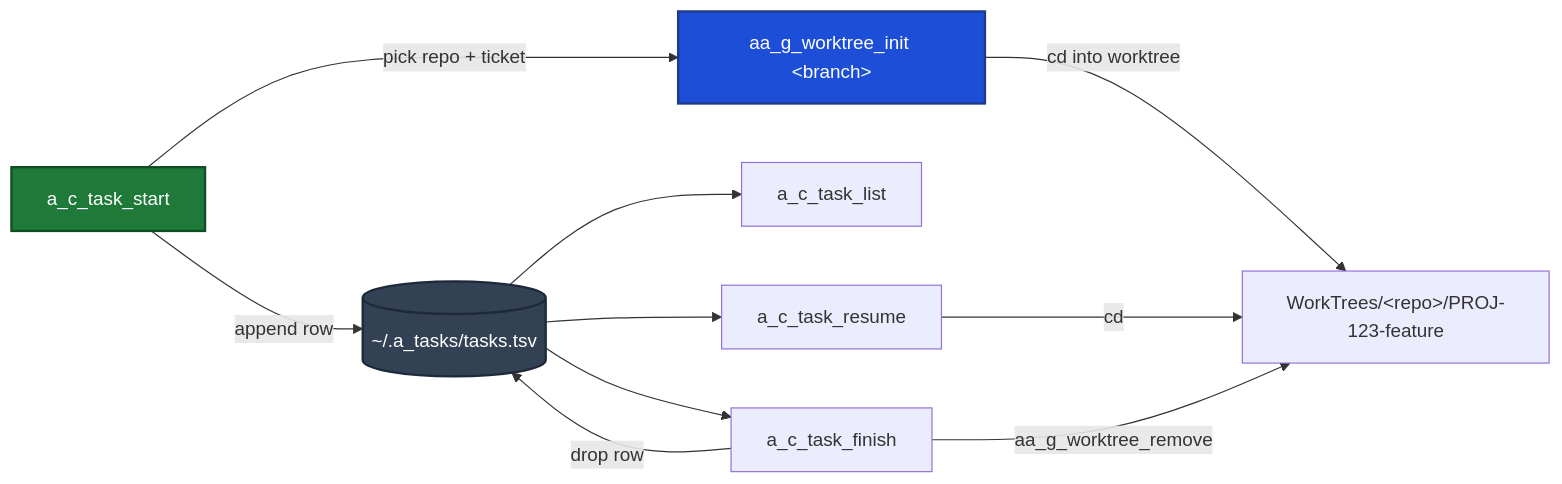
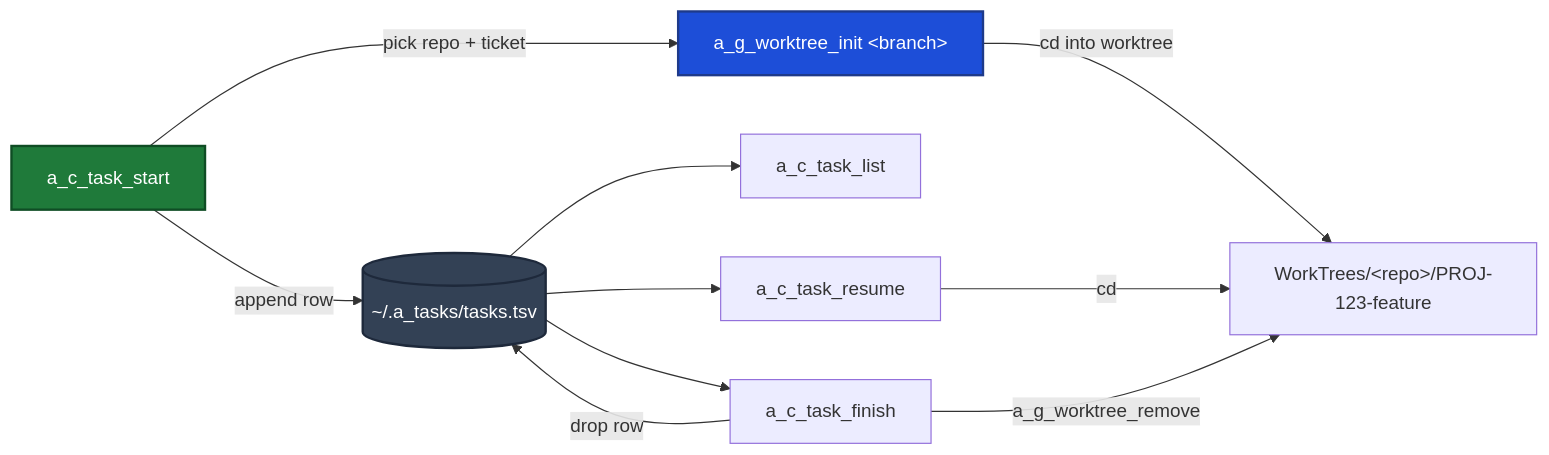
One commit to mahsanamin/agentic-devkit changed the diagram in docs/task.md. Above: the diagram before and after it, drawn with Mermaid. The commit also changed other lines of this file and 13 other files, not shown here.

````diff
--- a/docs/task.md
+++ b/docs/task.md
@@ -7,15 +7,15 @@
 ```mermaid
 flowchart LR
-    START["a_c_task_start"] -->|pick repo + ticket| AA["aa_g_worktree_init &lt;branch&gt;"]
-    AA -->|cd into worktree| WT["WorkTrees/&lt;repo&gt;/PROJ-123-feature"]
+    START["a_c_task_start"] -->|pick repo + ticket| INIT["a_g_worktree_init &lt;branch&gt;"]
+    INIT -->|cd into worktree| WT["WorkTrees/&lt;repo&gt;/PROJ-123-feature"]
     START -->|append row| REG[("~/.a_tasks/tasks.tsv")]
     REG --> LIST["a_c_task_list"]
     REG --> RES["a_c_task_resume"]
     REG --> FIN["a_c_task_finish"]
     RES -->|cd| WT
-    FIN -->|aa_g_worktree_remove| WT
+    FIN -->|a_g_worktree_remove| WT
     FIN -->|drop row| REG
     style START fill:#1f7a3a,stroke:#0f4d24,color:#ffffff,stroke-width:2px
-    style AA fill:#1d4ed8,stroke:#1e3a8a,color:#ffffff,stroke-width:2px
+    style INIT fill:#1d4ed8,stroke:#1e3a8a,color:#ffffff,stroke-width:2px
     style REG fill:#334155,stroke:#1e293b,color:#ffffff,stroke-width:2px
 ```
````
